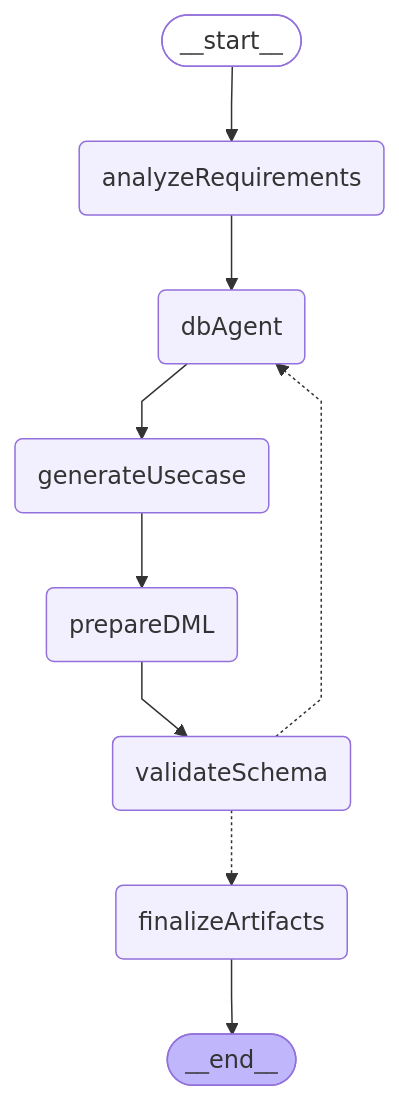
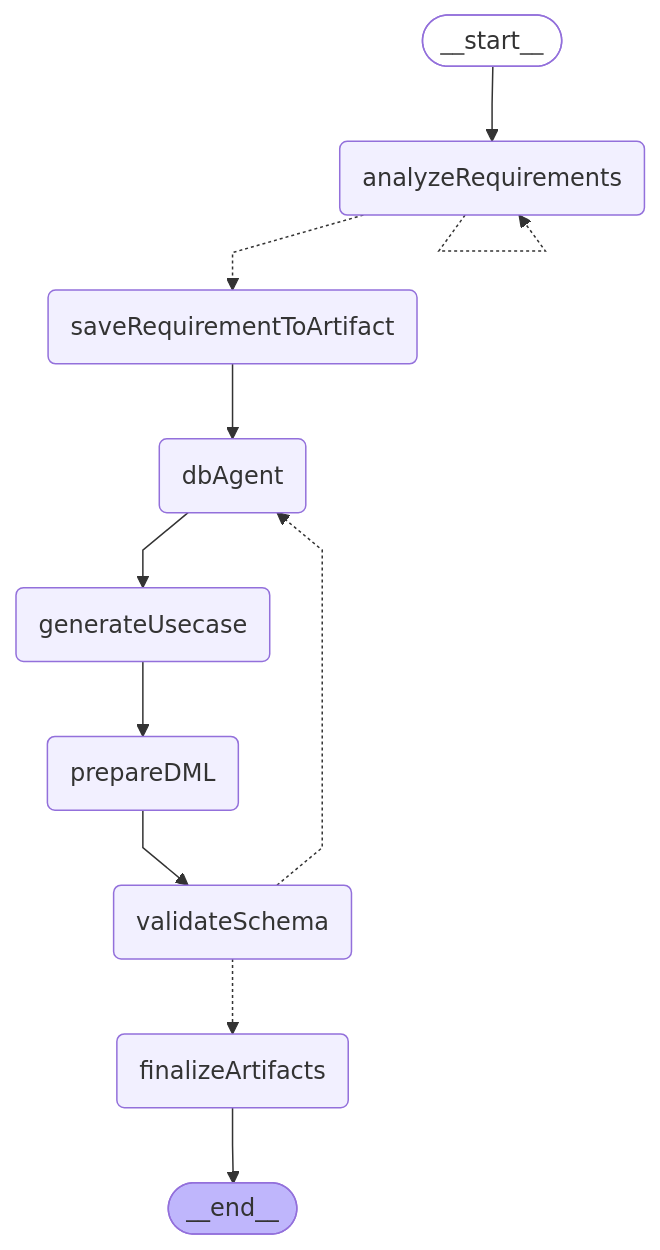
One commit to yzkee/liam changed the first of 2 diagrams in frontend/internal-packages/agent/src/chat/workflow/README.md. Above: the diagram before and after it, drawn with Mermaid. The commit also changed other lines of this file and 7 other files, not shown here.

First line of the commit message:
♻️ Refactor saveRequirementToArtifact from tool to workflow node

````diff
--- a/frontend/internal-packages/agent/src/chat/workflow/README.md
+++ b/frontend/internal-packages/agent/src/chat/workflow/README.md
@@ -7,23 +7,26 @@
 ```mermaid
 %%{init: {'flowchart': {'curve': 'linear'}}}%%
 graph TD;
 	__start__([<p>__start__</p>]):::first
 	analyzeRequirements(analyzeRequirements)
+	saveRequirementToArtifact(saveRequirementToArtifact)
 	dbAgent(dbAgent)
 	generateUsecase(generateUsecase)
 	prepareDML(prepareDML)
 	validateSchema(validateSchema)
 	finalizeArtifacts(finalizeArtifacts)
 	__end__([<p>__end__</p>]):::last
 	__start__ --> analyzeRequirements;
-	analyzeRequirements --> dbAgent;
 	dbAgent --> generateUsecase;
 	finalizeArtifacts --> __end__;
 	generateUsecase --> prepareDML;
 	prepareDML --> validateSchema;
+	saveRequirementToArtifact --> dbAgent;
+	analyzeRequirements -.-> saveRequirementToArtifact;
 	validateSchema -.-> dbAgent;
 	validateSchema -.-> finalizeArtifacts;
+	analyzeRequirements -.-> analyzeRequirements;
 	classDef default fill:#f2f0ff,line-height:1.2;
 	classDef first fill-opacity:0;
 	classDef last fill:#bfb6fc;
 ```
````
